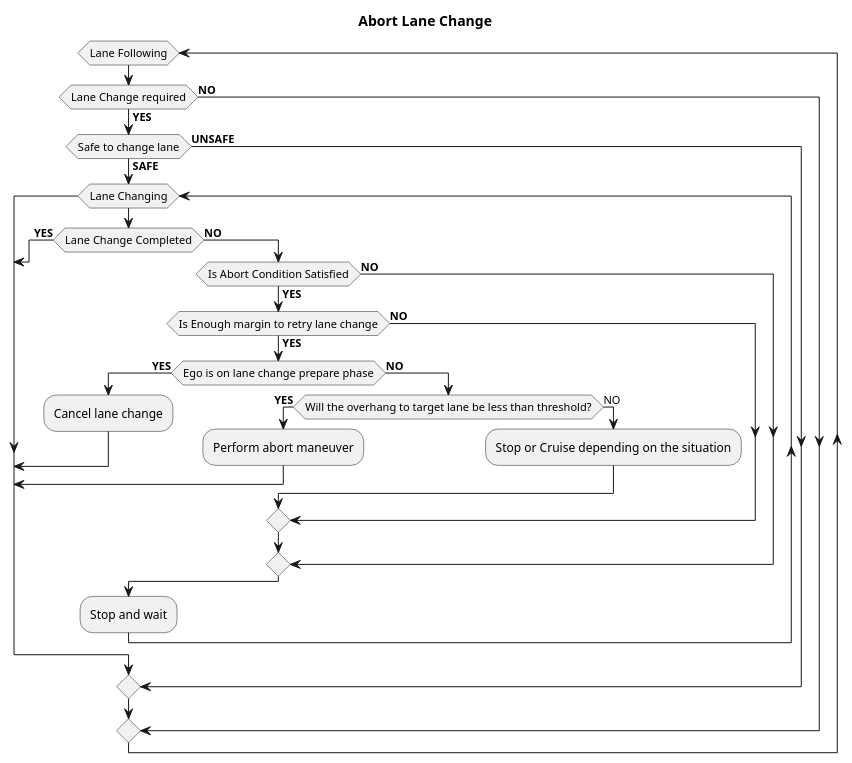
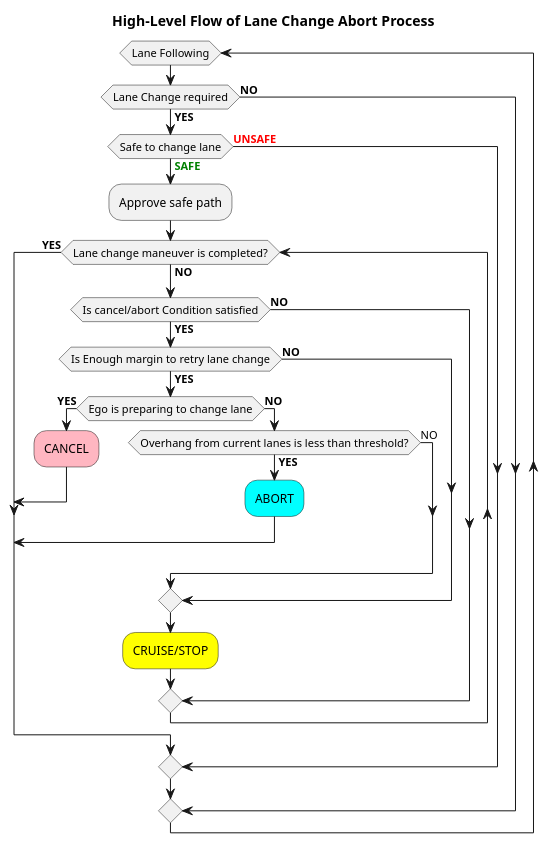
Diagram 12 of 13 in planning/behavior_path_planner/autoware_behavior_path_lane_change_module/README.md (knzo25/autoware.universe), drawn with PlantUML before and after one commit. The commit also changed other lines of this file and 1981 other files, not shown here.

````diff
--- a/planning/behavior_path_planner/autoware_behavior_path_lane_change_module/README.md
+++ b/planning/behavior_path_planner/autoware_behavior_path_lane_change_module/README.md
@@ -731,43 +1022,39 @@
 ```plantuml
 @startuml
-skinparam monochrome true
 skinparam defaultTextAlignment center
+skinparam backgroundColor #WHITE
 
-title Abort Lane Change
+title High-Level Flow of Lane Change Abort Process
 
 while(Lane Following)
   if (Lane Change required) then (**YES**)
-    if (Safe to change lane) then (**SAFE**)
-      while(Lane Changing)
-        if (Lane Change Completed) then (**YES**)
-        break
-        else (**NO**)
-          if (Is Abort Condition Satisfied) then (**NO**)
+    if (Safe to change lane) then (<color:green><b>SAFE</b></color>)
+      :Approve safe path;
+      while(Lane change maneuver is completed?) is (**NO**)
+          if (Is cancel/abort Condition satisfied) then (**NO**)
           else (**YES**)
             if (Is Enough margin to retry lane change) then (**YES**)
-              if (Ego is on lane change prepare phase) then (**YES**)
-              :Cancel lane change;
+              if (Ego is preparing to change lane) then (**YES**)
+              #LightPink:CANCEL;
               break
               else (**NO**)
-              if (Will the overhang to target lane be less than threshold?) then (**YES**)
-              :Perform abort maneuver;
+              if (Overhang from current lanes is less than threshold?) then (**YES**)
+              #Cyan:ABORT;
               break
               else (NO)
-              :Stop or Cruise depending on the situation;
               endif
             endif
           else (**NO**)
           endif
+          #Yellow:CRUISE/STOP;
         endif
-        endif
-      :Stop and wait;
-      endwhile
-    else (**UNSAFE**)
+      endwhile (**YES**)
+    else (<color:red><b>UNSAFE</b></color>)
     endif
   else (**NO**)
   endif
 endwhile
 -[hidden]->
 detach
 @enduml
 ```
````
